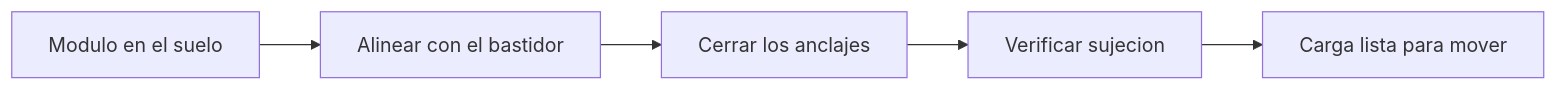
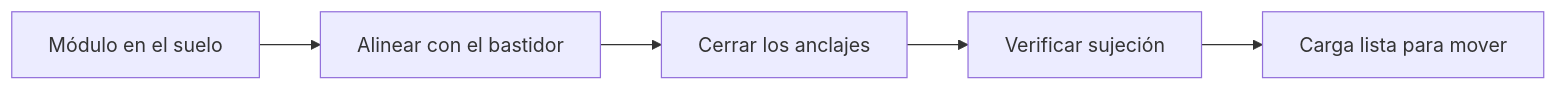
One commit to vladimiracunadev-create/machine-operator-program changed the second of 3 diagrams in vehiculos-fantasticos/thunderbird-2/operacion/sistemas-mecanicos-thunderbird-2.md. Above: the diagram before and after it, drawn with Mermaid. The commit also changed other lines of this file and 442 other files, not shown here.

````diff
--- a/vehiculos-fantasticos/thunderbird-2/operacion/sistemas-mecanicos-thunderbird-2.md
+++ b/vehiculos-fantasticos/thunderbird-2/operacion/sistemas-mecanicos-thunderbird-2.md
@@ -54,7 +54,7 @@
 ```mermaid
 flowchart LR
-    Modulo[Modulo en el suelo] --> Alinea[Alinear con el bastidor]
+    Modulo[Módulo en el suelo] --> Alinea[Alinear con el bastidor]
     Alinea --> Cierra[Cerrar los anclajes]
-    Cierra --> Verifica[Verificar sujecion]
+    Cierra --> Verifica[Verificar sujeción]
     Verifica --> Listo[Carga lista para mover]
 ```
````
